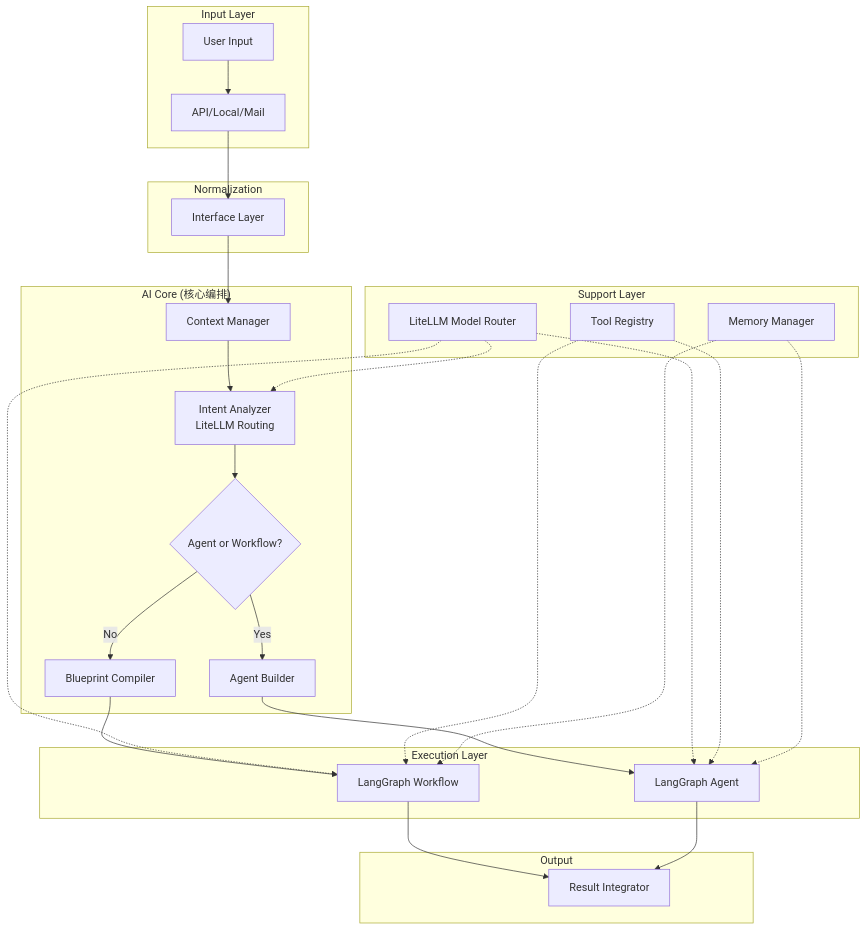
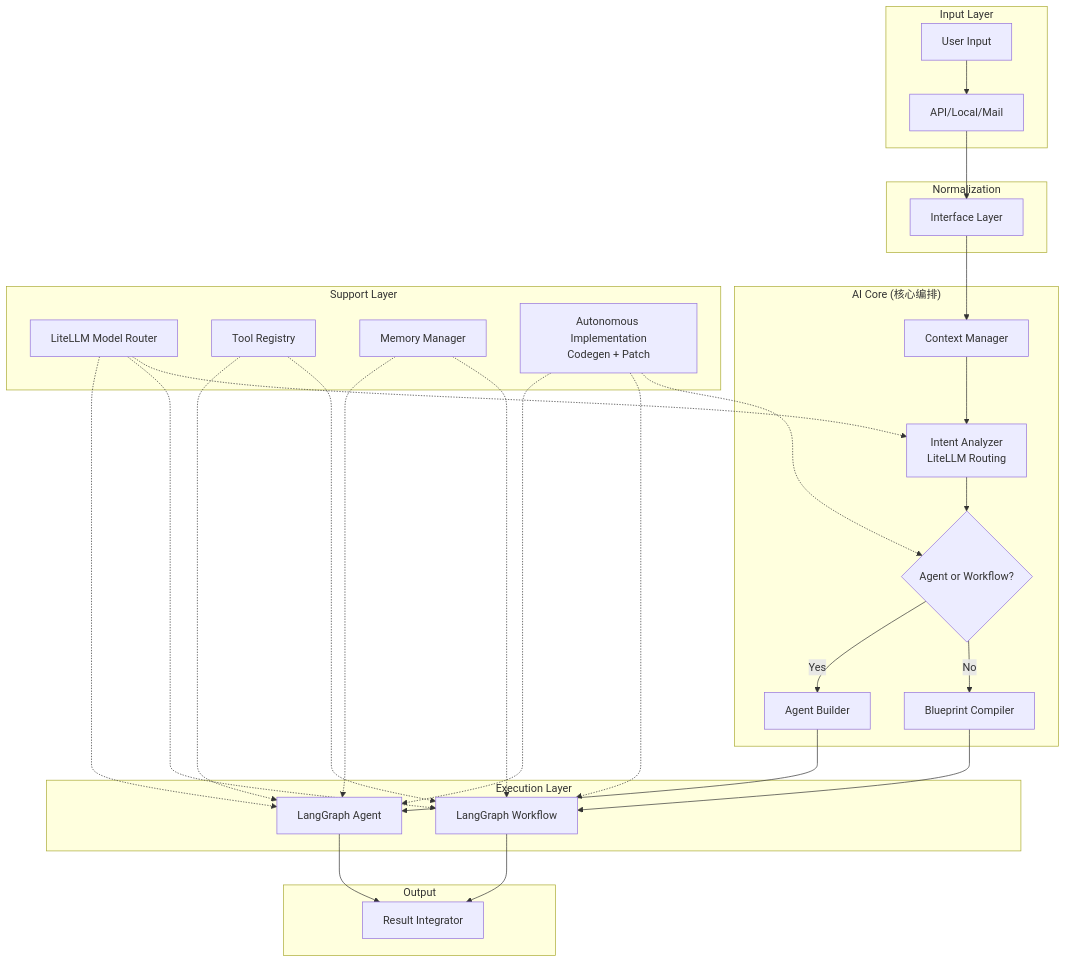
Before and after one commit to Azrael198202/nesthub: the first of 2 diagrams in docs/03_core/integration_guide.md, drawn with Mermaid. The commit also changed other lines of this file and 16 other files, not shown here.

````diff
--- a/docs/03_core/integration_guide.md
+++ b/docs/03_core/integration_guide.md
@@ -7,53 +7,57 @@
 ```mermaid
 graph TD
     subgraph "Input Layer"
         A1[User Input]
         A2[API/Local/Mail]
     end
     
     subgraph "Normalization"
         B[Interface Layer]
     end
     
     subgraph "AI Core (核心编排)"
         C1[Context Manager]
         C2[Intent Analyzer<br/>LiteLLM Routing]
         C3{Agent or Workflow?}
         C4[Blueprint Compiler]
         C5[Agent Builder]
     end
     
     subgraph "Execution Layer"
         D1[LangGraph Workflow]
         D2[LangGraph Agent]
     end
     
     subgraph "Support Layer"
         E1[LiteLLM Model Router]
         E2[Tool Registry]
         E3[Memory Manager]
+        E4[Autonomous Implementation<br/>Codegen + Patch]
     end
     
     subgraph "Output"
         F[Result Integrator]
     end
     
     A1 --> A2
     A2 --> B
     B --> C1
     C1 --> C2
     C2 --> C3
     C3 -->|No| C4
     C3 -->|Yes| C5
     C4 --> D1
     C5 --> D2
     D1 --> F
     D2 --> F
     E1 -.-> C2
     E1 -.-> D1
     E1 -.-> D2
     E2 -.-> D1
     E2 -.-> D2
     E3 -.-> D1
     E3 -.-> D2
+    E4 -.-> C3
+    E4 -.-> D1
+    E4 -.-> D2
 ```
````
